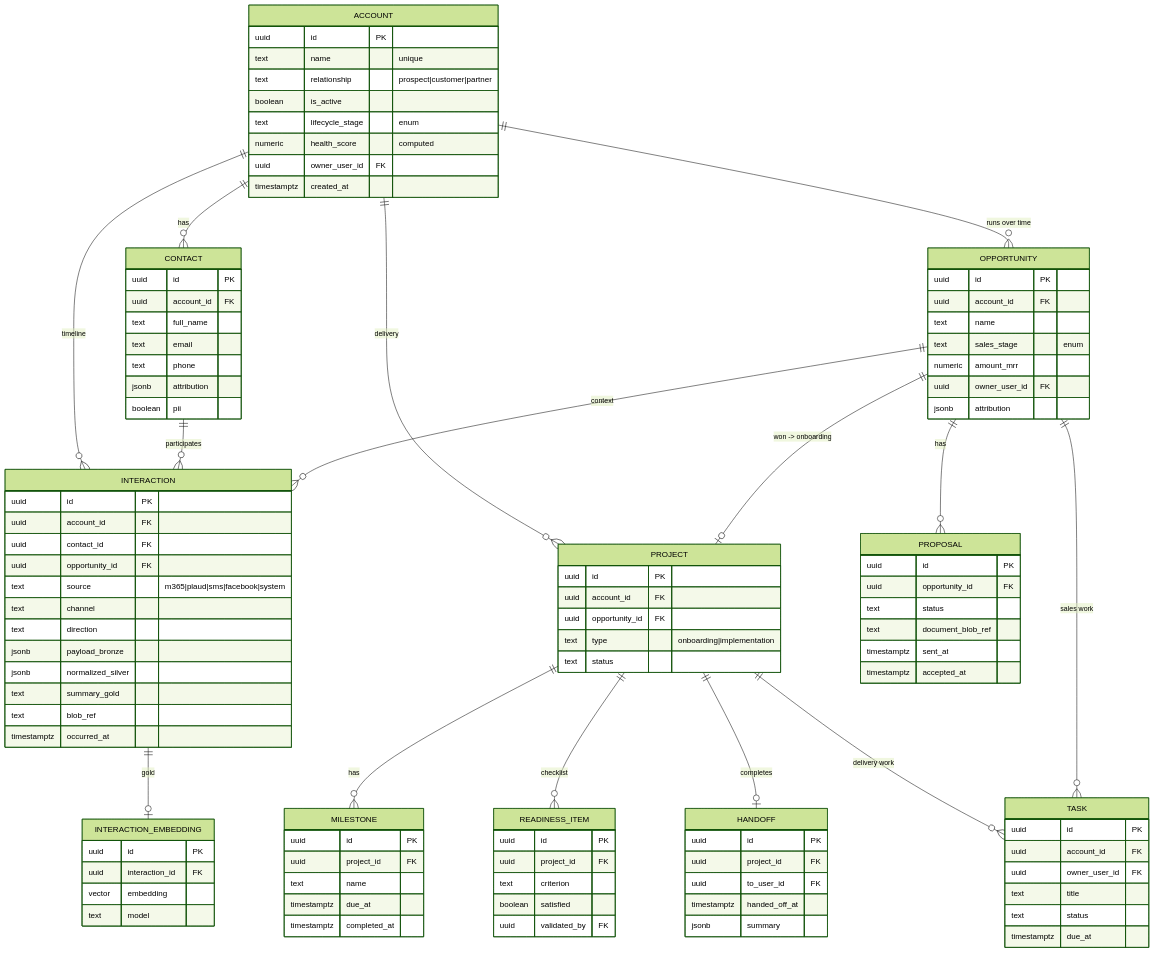
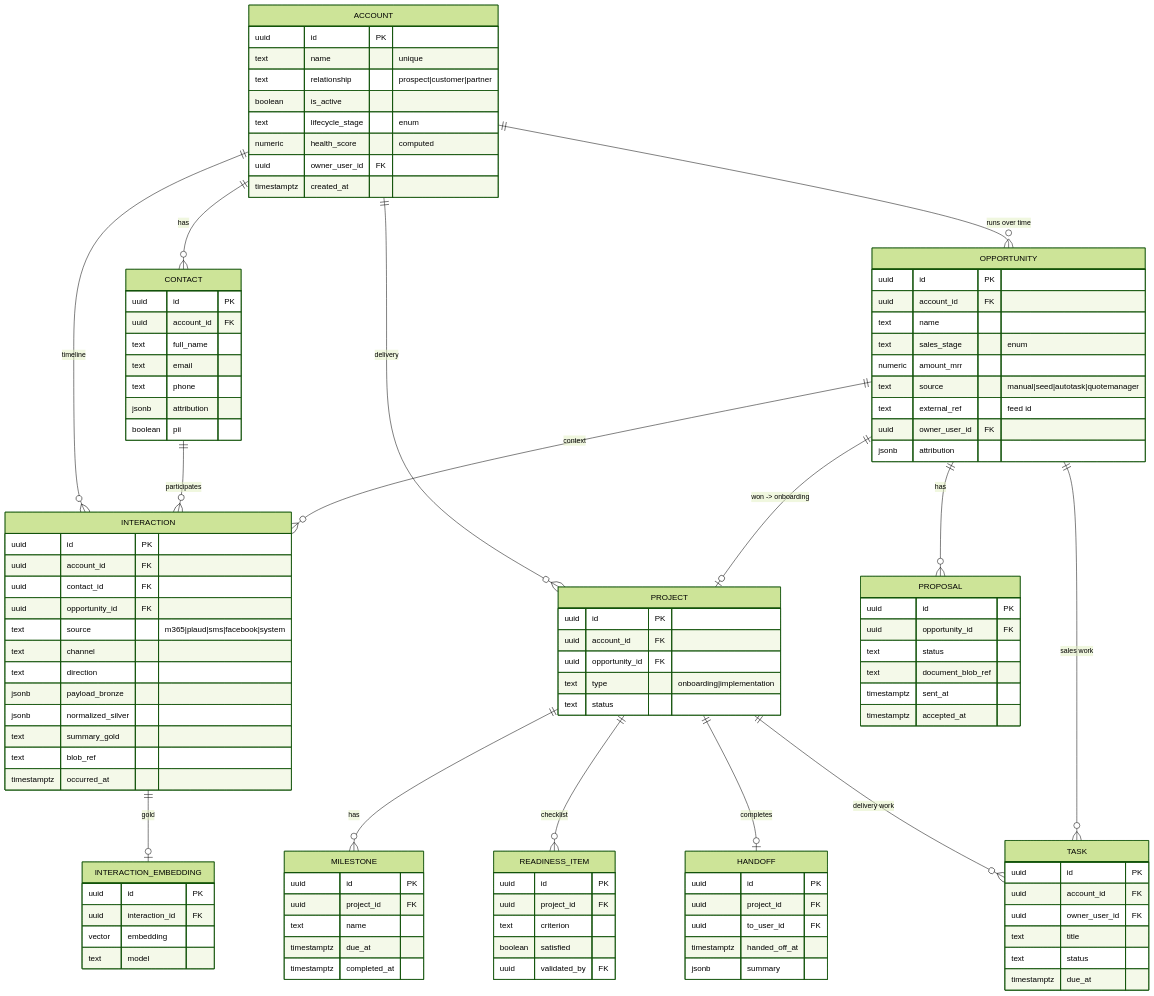
The first of 3 diagrams in docs/database/data-model.md (markdconnelly/ImperionCRM), drawn with Mermaid (forest theme) before and after one commit. The commit also changed 3 other files, not shown here.

```diff
--- a/docs/database/data-model.md
+++ b/docs/database/data-model.md
@@ -69,6 +69,8 @@
       text name
       text sales_stage "enum"
       numeric amount_mrr
+      text source "manual|seed|autotask|quotemanager"
+      text external_ref "feed id"
       uuid owner_user_id FK
       jsonb attribution
     }
```
